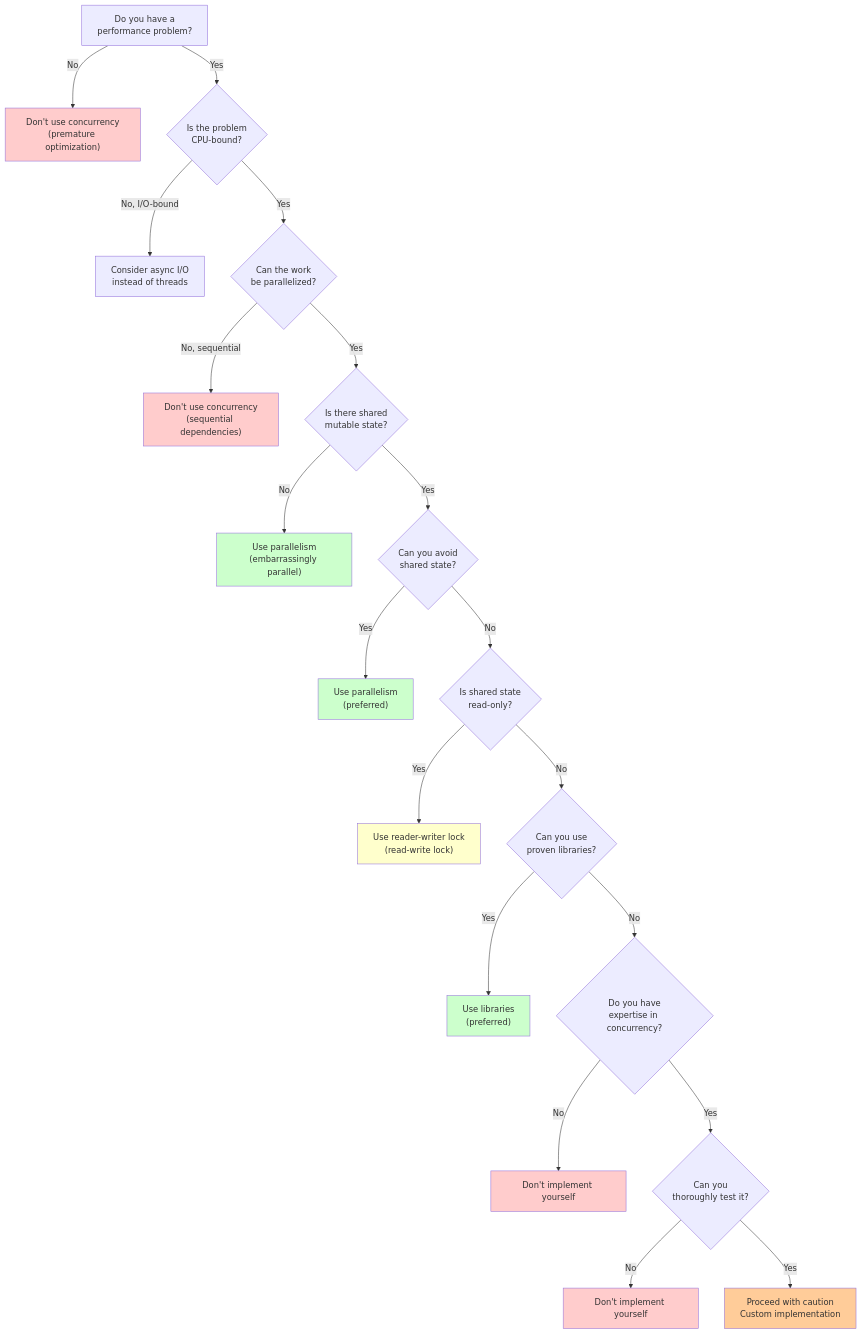
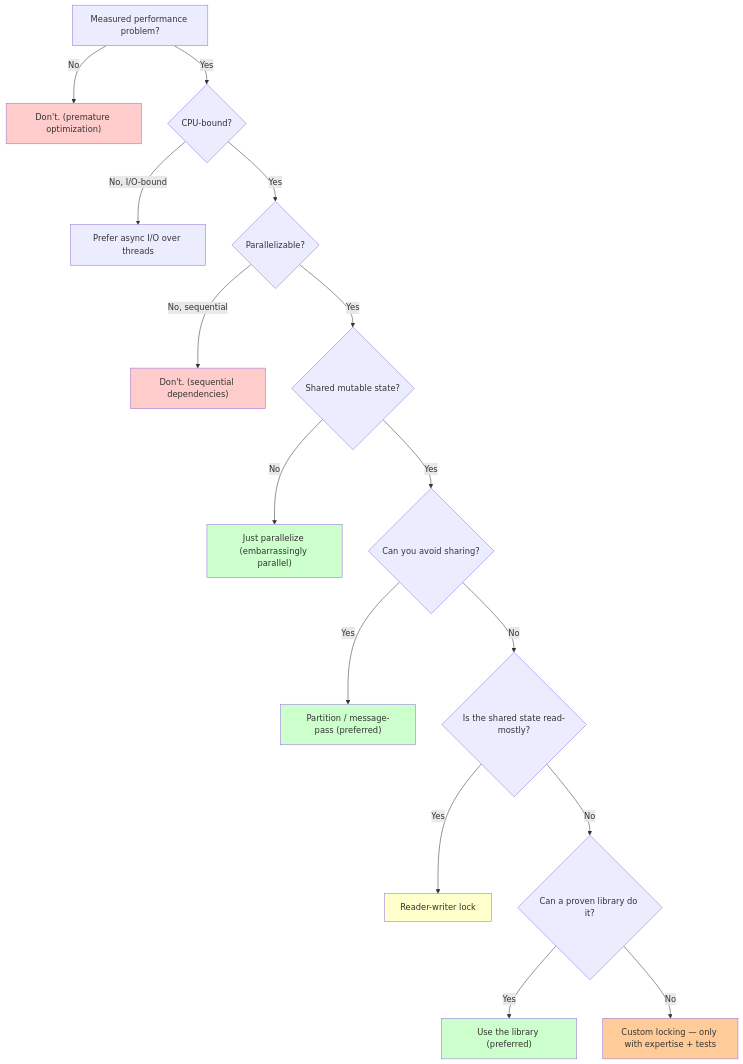
Before and after one commit to sb2k16/data-structures-book: the diagram in chapters/03.5-concurrency-fundamentals.md, drawn with Mermaid. The commit also changed other lines of this file and 8 other files, not shown here.

````diff
--- a/chapters/03.5-concurrency-fundamentals.md
+++ b/chapters/03.5-concurrency-fundamentals.md
@@ -1393,39 +359,25 @@
 ```mermaid
 flowchart TD
-    Start["Do you have a<br/>performance problem?"] -->|No| NoConcurrency["Don't use concurrency<br/>(premature optimization)"]
-    Start -->|Yes| CPUBound{"Is the problem<br/>CPU-bound?"}
-    
-    CPUBound -->|No, I/O-bound| AsyncIO["Consider async I/O<br/>instead of threads"]
-    CPUBound -->|Yes| Parallelizable{"Can the work<br/>be parallelized?"}
-    
-    Parallelizable -->|No, sequential| NoConcurrency2["Don't use concurrency<br/>(sequential dependencies)"]
-    Parallelizable -->|Yes| SharedState{"Is there shared<br/>mutable state?"}
-    
-    SharedState -->|No| EmbarrassingParallel["Use parallelism<br/>(embarrassingly parallel)"]
-    SharedState -->|Yes| AvoidShared{"Can you avoid<br/>shared state?"}
-    
-    AvoidShared -->|Yes| Parallelism["Use parallelism<br/>(preferred)"]
-    AvoidShared -->|No| ReadOnly{"Is shared state<br/>read-only?"}
-    
-    ReadOnly -->|Yes| SharedMutex["Use reader-writer lock<br/>(read-write lock)"]
-    ReadOnly -->|No| UseLibraries{"Can you use<br/>proven libraries?"}
-    
-    UseLibraries -->|Yes| Libraries["Use libraries<br/>(preferred)"]
-    UseLibraries -->|No| Expertise{"Do you have<br/>expertise in concurrency?"}
-    
-    Expertise -->|No| DontImplement["Don't implement yourself"]
-    Expertise -->|Yes| TestThoroughly{"Can you<br/>thoroughly test it?"}
-    
-    TestThoroughly -->|No| DontImplement2["Don't implement yourself"]
-    TestThoroughly -->|Yes| ProceedCaution["Proceed with caution<br/>Custom implementation"]
-    
-    style NoConcurrency fill:#ffcccc
-    style NoConcurrency2 fill:#ffcccc
-    style DontImplement fill:#ffcccc
-    style DontImplement2 fill:#ffcccc
-    style EmbarrassingParallel fill:#ccffcc
-    style Parallelism fill:#ccffcc
-    style Libraries fill:#ccffcc
-    style SharedMutex fill:#ffffcc
-    style ProceedCaution fill:#ffcc99
+    Start["Measured performance problem?"] -->|No| Stop["Don't. (premature optimization)"]
+    Start -->|Yes| CPU{"CPU-bound?"}
+    CPU -->|"No, I/O-bound"| Async["Prefer async I/O over threads"]
+    CPU -->|Yes| Par{"Parallelizable?"}
+    Par -->|"No, sequential"| Stop2["Don't. (sequential dependencies)"]
+    Par -->|Yes| Shared{"Shared mutable state?"}
+    Shared -->|No| EP["Just parallelize (embarrassingly parallel)"]
+    Shared -->|Yes| Avoid{"Can you avoid sharing?"}
+    Avoid -->|Yes| Part["Partition / message-pass (preferred)"]
+    Avoid -->|No| RO{"Is the shared state read-mostly?"}
+    RO -->|Yes| RW["Reader-writer lock"]
+    RO -->|No| Lib{"Can a proven library do it?"}
+    Lib -->|Yes| UseLib["Use the library (preferred)"]
+    Lib -->|No| Custom["Custom locking — only with expertise + tests"]
+
+    style Stop fill:#ffcccc
+    style Stop2 fill:#ffcccc
+    style EP fill:#ccffcc
+    style Part fill:#ccffcc
+    style UseLib fill:#ccffcc
+    style RW fill:#ffffcc
+    style Custom fill:#ffcc99
 ```
````
